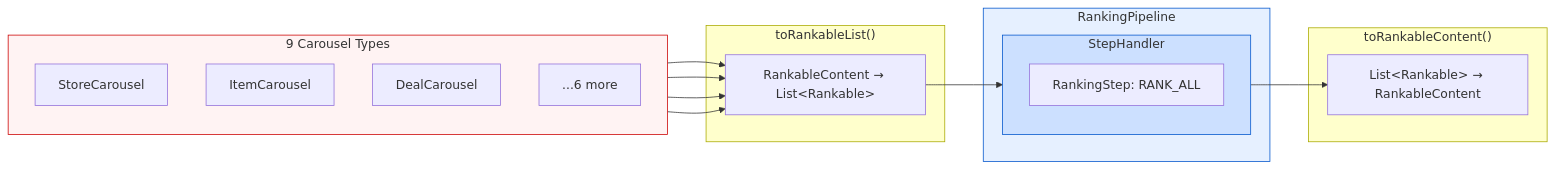
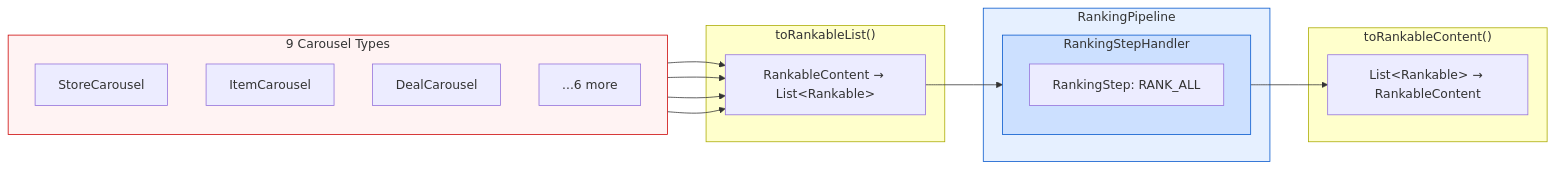
The first of 3 diagrams in unified-blending-platform/spec/rfc-abstraction-layer.md (daniel-fonyo/dd-brain), drawn with Mermaid before and after one commit. The commit also changed other lines of this file, not shown here.

````diff
--- a/unified-blending-platform/spec/rfc-abstraction-layer.md
+++ b/unified-blending-platform/spec/rfc-abstraction-layer.md
@@ -113,38 +107,38 @@
 ```mermaid
 flowchart LR
     subgraph sources["9 Carousel Types"]
         direction TB
         T1["StoreCarousel"]
         T2["ItemCarousel"]
         T3["DealCarousel"]
         T4["...6 more"]
     end
 
     subgraph convert["toRankableList()"]
         A["RankableContent → List&lt;Rankable&gt;"]
     end
 
     T1 --> A
     T2 --> A
     T3 --> A
     T4 --> A
 
     subgraph pipeline["RankingPipeline"]
-        subgraph handler1["StepHandler"]
+        subgraph handler1["RankingStepHandler"]
             S1["RankingStep: RANK_ALL"]
         end
     end
 
     A --> handler1
     handler1 --> WB
 
     subgraph writeback["toRankableContent()"]
         WB["List&lt;Rankable&gt; → RankableContent"]
     end
 
     style sources fill:#fff3f3,stroke:#cc0000
     style convert fill:#ffffcc,stroke:#aaaa00
     style pipeline fill:#e6f0ff,stroke:#0055cc
     style handler1 fill:#cce0ff,stroke:#0055cc
     style writeback fill:#ffffcc,stroke:#aaaa00
 ```
````
